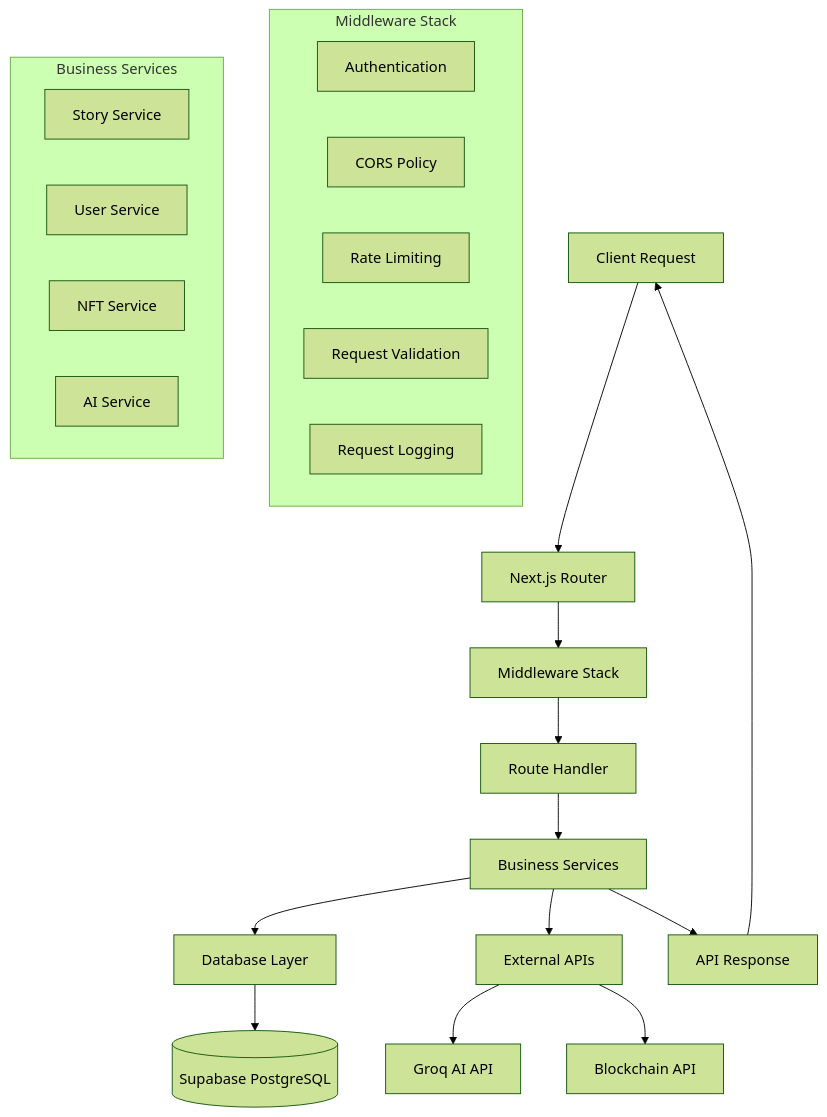
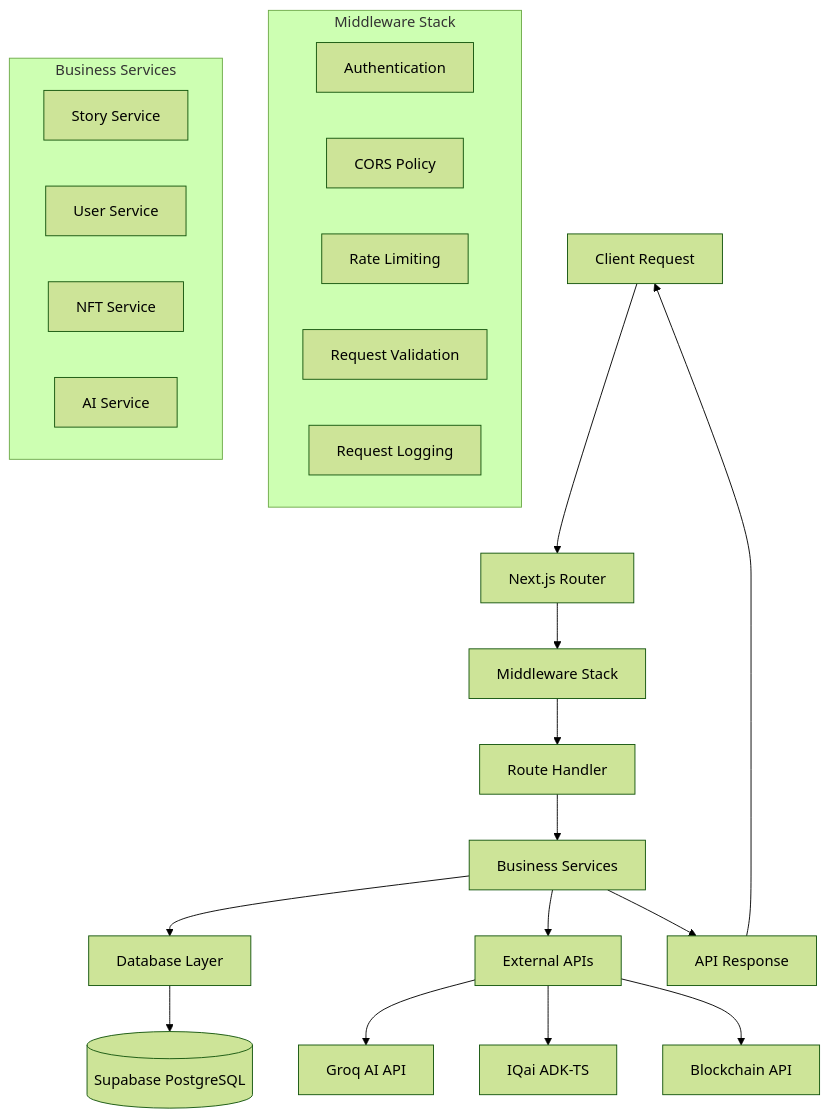
One commit to Drago-03/Comicraft-main changed the fourth of 20 diagrams in docs/ARCHITECTURE.md. Above: the diagram before and after it, drawn with Mermaid (forest theme). The commit also changed 12 other files, not shown here.

````diff
--- a/docs/ARCHITECTURE.md
+++ b/docs/ARCHITECTURE.md
@@ -176,32 +176,33 @@
 ```mermaid
 graph TB
     Client[Client Request] --> Router[Next.js Router]
     Router --> Middleware[Middleware Stack]
     Middleware --> Handler[Route Handler]
 
     subgraph "Middleware Stack"
         Auth[Authentication]
         CORS[CORS Policy]
         RateLimit[Rate Limiting]
         Validation[Request Validation]
         Logging[Request Logging]
     end
 
     Handler --> Services[Business Services]
     Services --> Database[Database Layer]
     Services --> External[External APIs]
 
     subgraph "Business Services"
         StoryService[Story Service]
         UserService[User Service]
         NFTService[NFT Service]
         AIService[AI Service]
     end
 
     Database --> Supabase[(Supabase PostgreSQL)]
     External --> GroqAPI[Groq AI API]
+    External --> IQAI[IQai ADK-TS]
     External --> BlockchainAPI[Blockchain API]
 
     Services --> Response[API Response]
     Response --> Client
 ```
````
